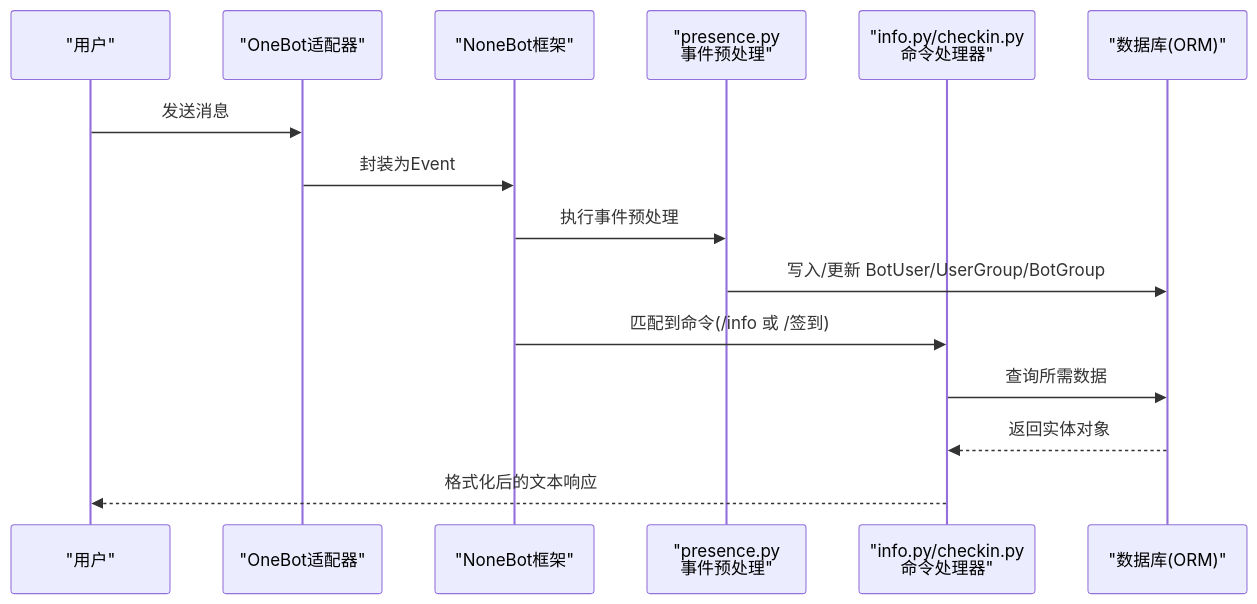
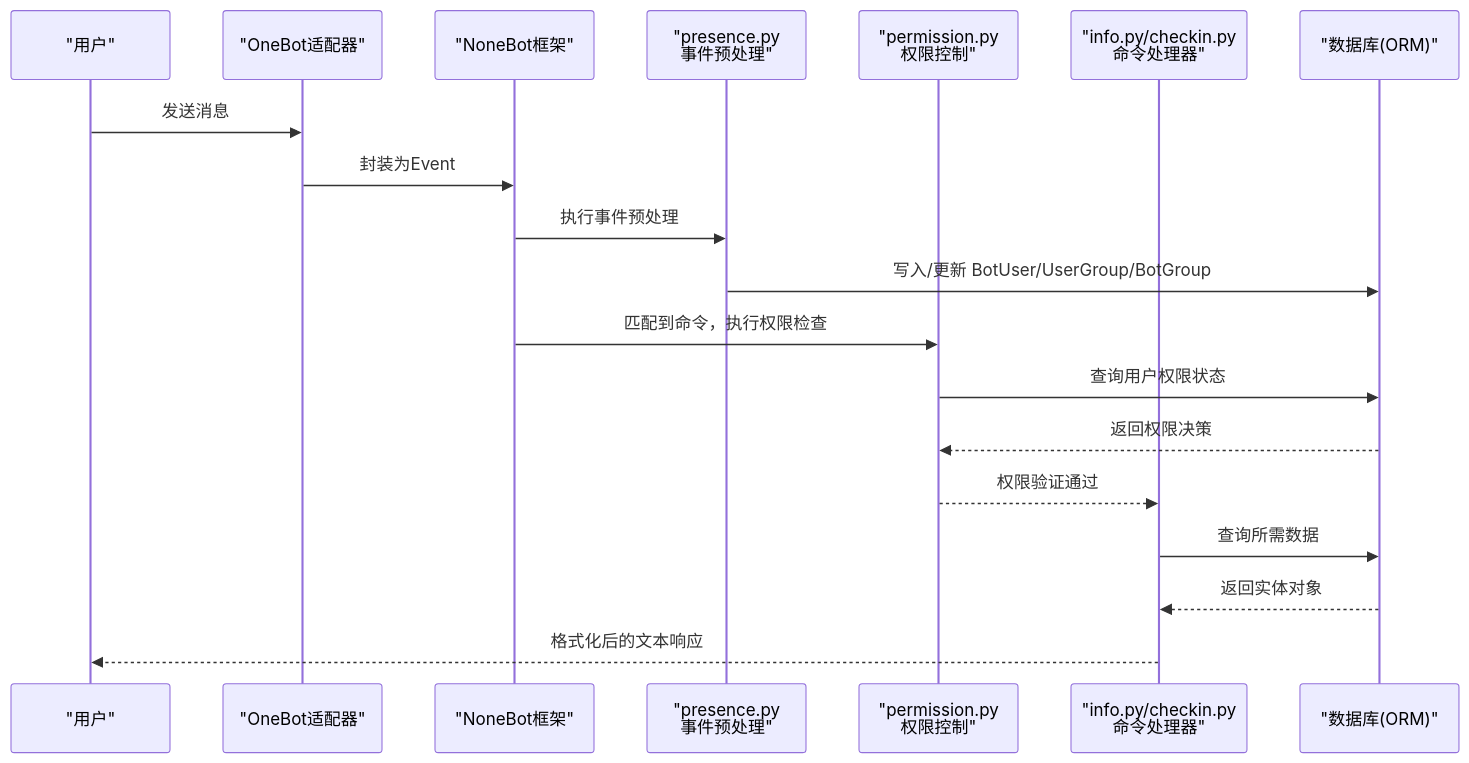
The second of 9 diagrams in .qoder/repowiki/zh/content/核心功能模块/用户信息查询.md (Wohaokunr/yawn_bot), drawn with Mermaid before and after one commit. The commit also changed other lines of this file and 10 other files, not shown here.

````diff
--- a/.qoder/repowiki/zh/content/核心功能模块/用户信息查询.md
+++ b/.qoder/repowiki/zh/content/核心功能模块/用户信息查询.md
@@ -100,17 +137,21 @@
 ```mermaid
 sequenceDiagram
 participant U as "用户"
 participant OB as "OneBot适配器"
 participant NB as "NoneBot框架"
 participant PP as "presence.py<br/>事件预处理"
+participant PC as "permission.py<br/>权限控制"
 participant CMD as "info.py/checkin.py<br/>命令处理器"
 participant DB as "数据库(ORM)"
 U->>OB : 发送消息
 OB->>NB : 封装为Event
 NB->>PP : 执行事件预处理
 PP->>DB : 写入/更新 BotUser/UserGroup/BotGroup
-NB->>CMD : 匹配到命令(/info 或 /签到)
+NB->>PC : 匹配到命令，执行权限检查
+PC->>DB : 查询用户权限状态
+DB-->>PC : 返回权限决策
+PC-->>CMD : 权限验证通过
 CMD->>DB : 查询所需数据
 DB-->>CMD : 返回实体对象
 CMD-->>U : 格式化后的文本响应
 ```
````
